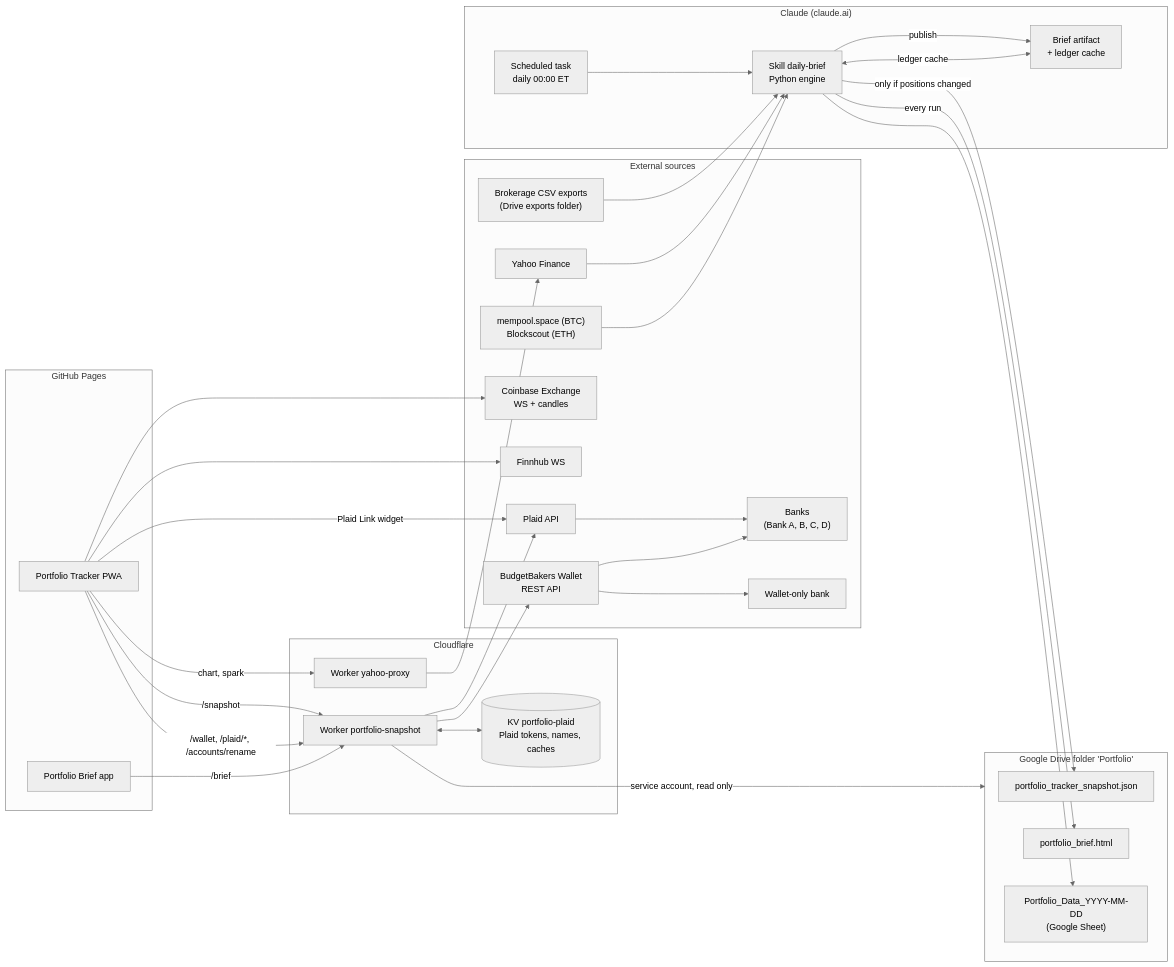
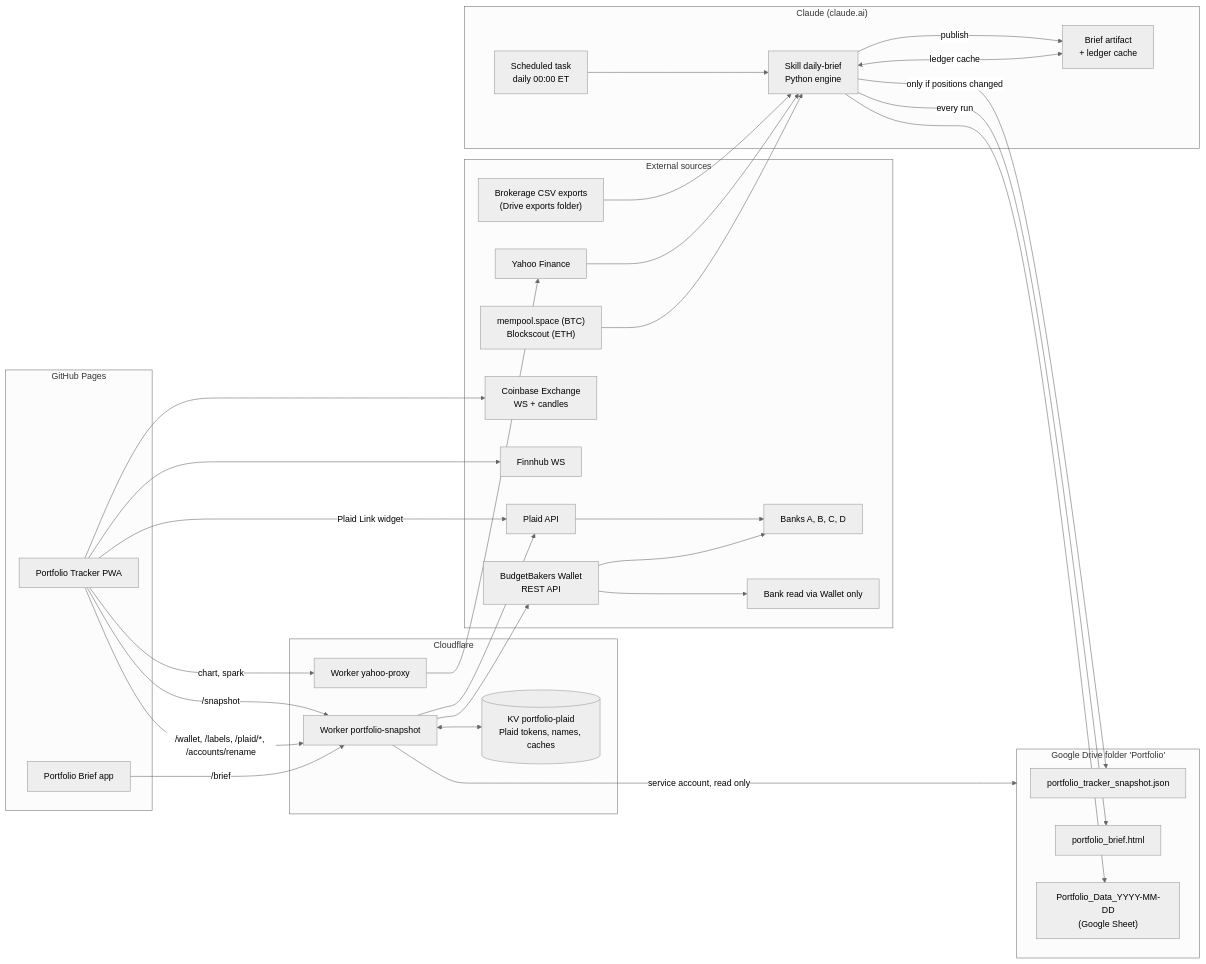
The first of 4 diagrams in docs/ARCHITECTURE.md (brunohp89/portfolio-tracker), drawn with Mermaid (neutral theme) before and after one commit. The commit also changed other lines of this file and 2 other files, not shown here.

First line of the commit message:
Replace the broker's name with placeholders read from the Worker

````diff
--- a/docs/ARCHITECTURE.md
+++ b/docs/ARCHITECTURE.md
@@ -25,63 +25,63 @@
 ```mermaid
 flowchart LR
   subgraph Sources["External sources"]
     EXP["Brokerage CSV exports<br/>(Drive exports folder)"]
     YF["Yahoo Finance"]
     CHAIN["mempool.space (BTC)<br/>Blockscout (ETH)"]
     CB["Coinbase Exchange<br/>WS + candles"]
     FH["Finnhub WS"]
     BB["BudgetBakers Wallet<br/>REST API"]
     PL["Plaid API"]
-    BANKS["Banks<br/>(Bank A, B, C, D)"]
-    WB["Wallet-only bank"]
+    BANKS["Banks A, B, C, D"]
+    WB["Bank read via Wallet only"]
   end
 
   subgraph Claude["Claude (claude.ai)"]
     SCHED["Scheduled task<br/>daily 00:00 ET"]
     BRIEF["Skill daily-brief<br/>Python engine"]
     ART["Brief artifact<br/>+ ledger cache"]
   end
 
   subgraph Drive["Google Drive folder 'Portfolio'"]
     SNAP["portfolio_tracker_snapshot.json"]
     BHTML["portfolio_brief.html"]
     SHEET["Portfolio_Data_YYYY-MM-DD<br/>(Google Sheet)"]
   end
 
   subgraph CF["Cloudflare"]
     WS["Worker portfolio-snapshot"]
     KV[("KV portfolio-plaid<br/>Plaid tokens, names, caches")]
     WY["Worker yahoo-proxy"]
   end
 
   subgraph Pages["GitHub Pages"]
     PWA["Portfolio Tracker PWA"]
     BAPP["Portfolio Brief app"]
   end
 
   SCHED --> BRIEF
   EXP --> BRIEF
   YF --> BRIEF
   CHAIN --> BRIEF
   ART <-->|"ledger cache"| BRIEF
   BRIEF -->|"publish"| ART
   BRIEF -->|"only if positions changed"| SNAP
   BRIEF -->|"every run"| BHTML
   BRIEF --> SHEET
 
   WS -->|"service account, read only"| Drive
   WS --> BB
   WS --> PL
   WS <--> KV
   PL --> BANKS
   BB --> BANKS
   BB --> WB
 
   PWA -->|"/snapshot"| WS
-  PWA -->|"/wallet, /plaid/*, /accounts/rename"| WS
+  PWA -->|"/wallet, /labels, /plaid/*, /accounts/rename"| WS
   BAPP -->|"/brief"| WS
   PWA -->|"chart, spark"| WY --> YF
   PWA --> CB
   PWA --> FH
   PWA -->|"Plaid Link widget"| PL
 ```
````
